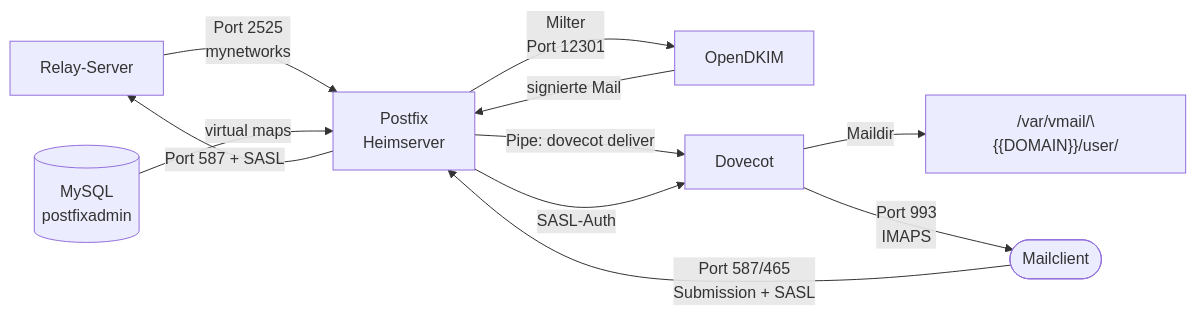
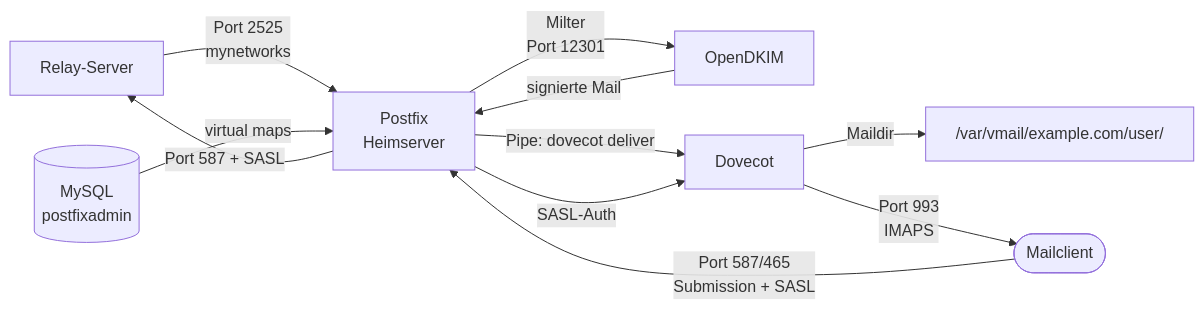
The diagram in docs/02_Infrastruktur/07_home_server.md (Flo-63/Mailserver-Setup), drawn with Mermaid before and after one commit. The commit also changed 4 other files, not shown here.

````diff
--- a/docs/02_Infrastruktur/07_home_server.md
+++ b/docs/02_Infrastruktur/07_home_server.md
@@ -12,13 +12,13 @@
 ```mermaid
 graph LR
     R[Relay-Server] -->|Port 2525<br/>mynetworks| P[Postfix<br/>Heimserver]
     C([Mailclient]) -->|Port 587/465<br/>Submission + SASL| P
     P -->|Milter<br/>Port 12301| O[OpenDKIM]
     O -->|signierte Mail| P
     P -->|Port 587 + SASL| R
     P -->|Pipe: dovecot deliver| D[Dovecot]
-    D -->|Maildir| M["/var/vmail/\{{DOMAIN}}/user/"]
+    D -->|Maildir| M["/var/vmail/example.com/user/"]
     D -->|Port 993<br/>IMAPS| C
     P -->|SASL-Auth| D
     DB[(MySQL<br/>postfixadmin)] -->|virtual maps| P
 ```
````
